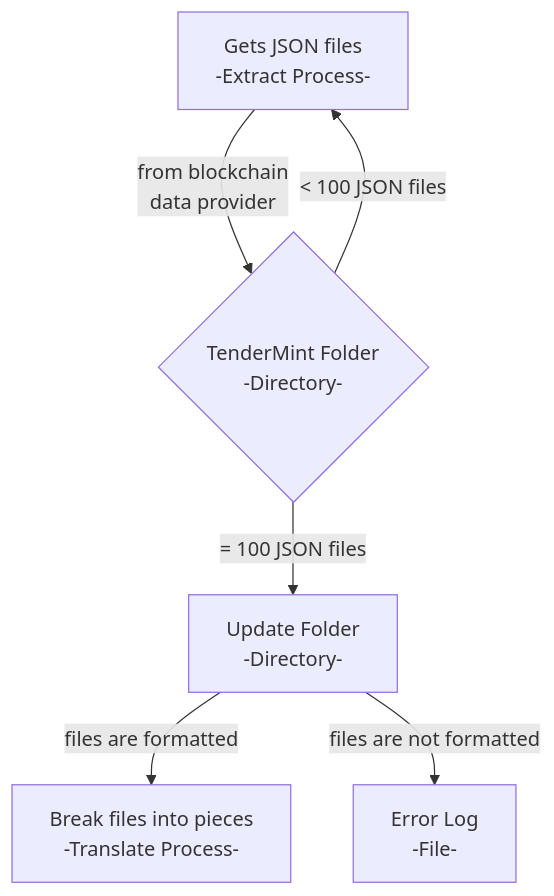
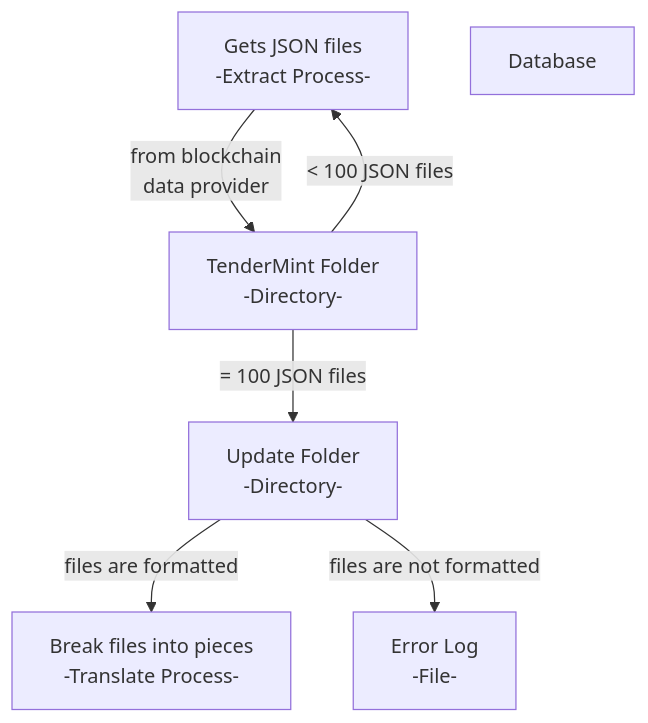
One commit to patmcfarland/one changed the diagram in README.md. Above: the diagram before and after it, drawn with Mermaid.

````diff
--- a/README.md
+++ b/README.md
@@ -1,12 +1,13 @@
 ```mermaid
 flowchart TD
 A[Gets JSON files<br>-Extract Process-]
 A -- from blockchain<br>data provider --> B
-B{TenderMint Folder<br>-Directory-}
+B[TenderMint Folder<br>-Directory-]
 B -- = 100 JSON files --> C[Update Folder<br>-Directory-]
 B -- < 100 JSON files --> A
 C -- files are formatted --> D
 D[Break files into pieces<br>-Translate Process-]
 C -- files are not formatted --> E
 E[Error Log<br>-File-]
+F[Database]
 ```
````
